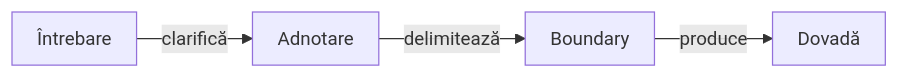
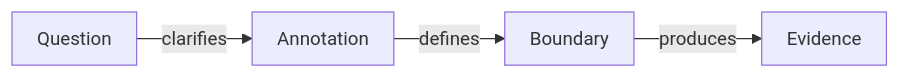
The fourth of 7 diagrams in README.md (crististefanita/atf_j1), drawn with Mermaid before and after one commit. The commit also changed other lines of this file and 83 other files, not shown here.

````diff
--- a/README.md
+++ b/README.md
@@ -196,12 +200,12 @@
 ```mermaid
 %%{init: {"themeVariables":{"fontSize":"15px"},"themeCSS":".nodeLabel, .nodeLabel p { font-size: 15px !important; line-height: 1.35 !important; } .edgeLabel, .edgeLabel p { font-size: 12px !important; font-weight: 400 !important; line-height: 1.2 !important; } .edgeLabel .labelBkg, .edgeLabel p { background: transparent !important; } .edgeLabel foreignObject { transform: translateY(-18px); overflow: visible; } .node rect { rx: 6px; ry: 6px; }","flowchart":{"curve":"linear","nodeSpacing":24,"rankSpacing":40,"padding":10,"diagramPadding":16}}}%%
 flowchart LR
-    Question["Întrebare"]
-    Layer["Adnotare"]
+    Question["Question"]
+    Layer["Annotation"]
     Scope["Boundary"]
-    Proof["Dovadă"]
+    Proof["Evidence"]
 
-    Question -->|clarifică| Layer
-    Layer -->|delimitează| Scope
-    Scope -->|produce| Proof
+    Question -->|clarifies| Layer
+    Layer -->|defines| Scope
+    Scope -->|produces| Proof
 ```
````
